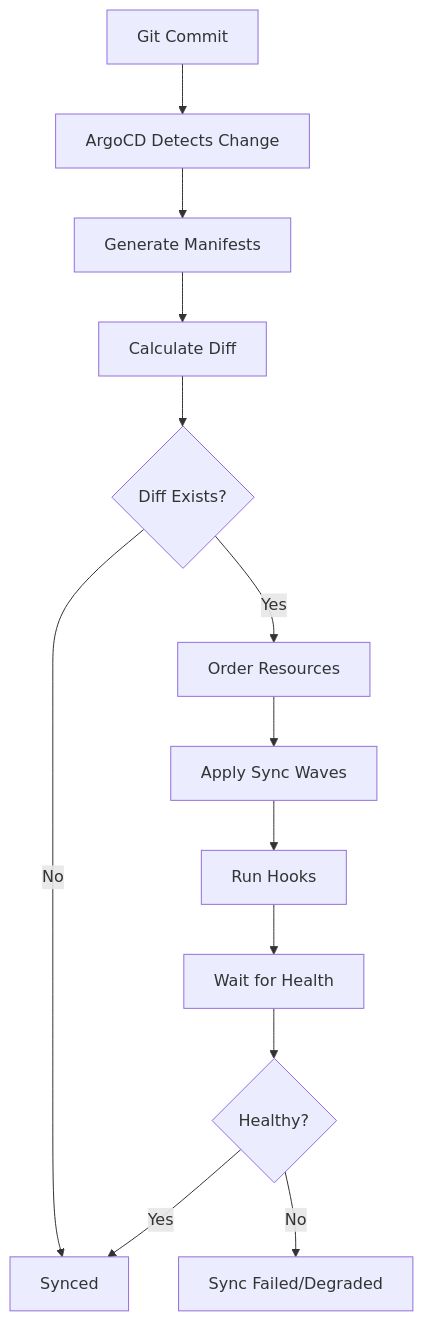
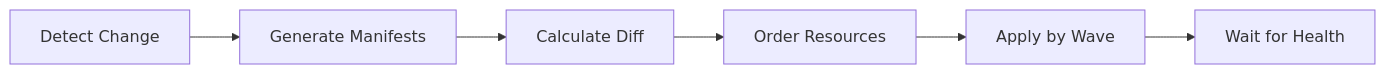
The diagram in src/content/articles/argocd-sync-failures-gitops-debugging-troubleshooting/index.mdx (webstackdev/astro.webstackbuilders.com), drawn with Mermaid before and after one commit. The commit also changed other lines of this file and 6 other files, not shown here.

````diff
--- a/src/content/articles/argocd-sync-failures-gitops-debugging-troubleshooting/index.mdx
+++ b/src/content/articles/argocd-sync-failures-gitops-debugging-troubleshooting/index.mdx
@@ -39,15 +31,8 @@
 ```mermaid
-graph TD
-    A[Git Commit] --> B[ArgoCD Detects Change]
-    B --> C[Generate Manifests]
-    C --> D[Calculate Diff]
-    D --> E{Diff Exists?}
-    E -->|No| F[Synced]
-    E -->|Yes| G[Order Resources]
-    G --> H[Apply Sync Waves]
-    H --> I[Run Hooks]
-    I --> J[Wait for Health]
-    J --> K{Healthy?}
-    K -->|Yes| F
-    K -->|No| L[Sync Failed/Degraded]
+graph LR
+    A[Detect Change] --> B[Generate Manifests]
+    B --> C[Calculate Diff]
+    C --> D[Order Resources]
+    D --> E[Apply by Wave]
+    E --> F[Wait for Health]
 ```
````
